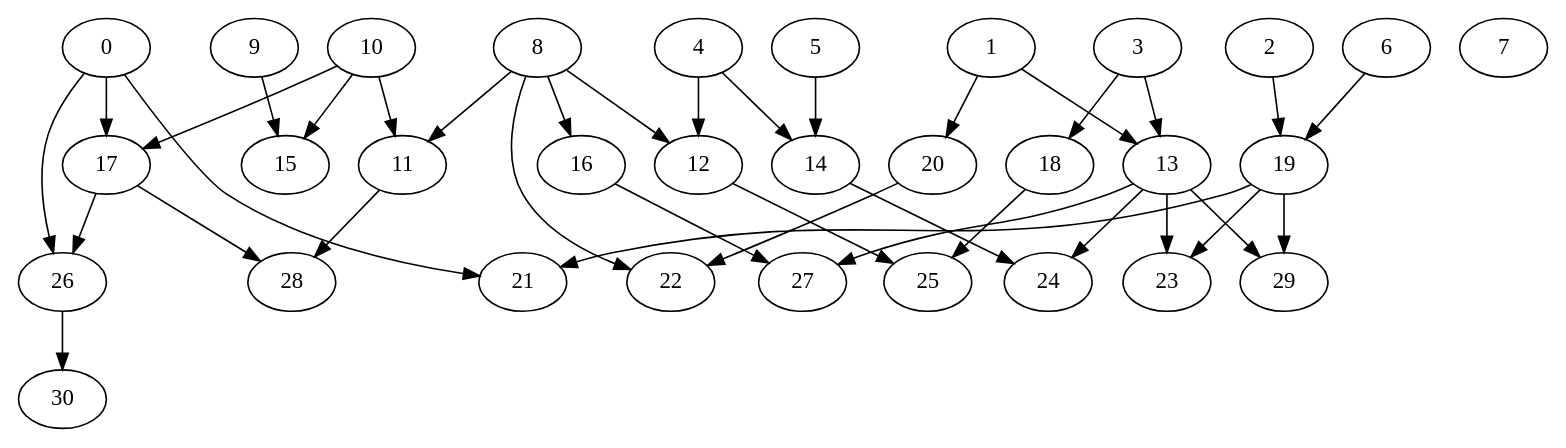
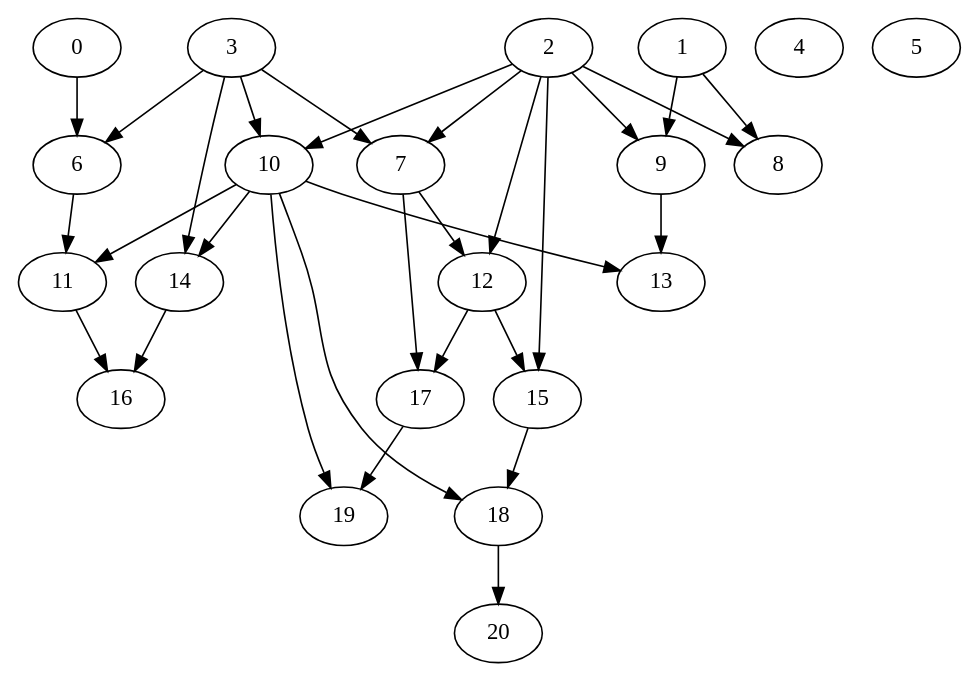
Before and after one commit to Ajax12345/protestGP: the diagram in test.dot, drawn with Graphviz. The commit also changed 14 other files, not shown here.

```diff
--- a/test.dot
+++ b/test.dot
@@ -1,69 +1,52 @@
 strict digraph "" {
 	0	[layer=1];
-	17	[layer=2];
-	0 -> 17;
-	21	[layer=3];
-	0 -> 21;
-	26	[layer=3];
-	0 -> 26;
+	6	[layer=2];
+	0 -> 6;
 	1	[layer=1];
-	13	[layer=2];
-	1 -> 13;
-	20	[layer=2];
-	1 -> 20;
+	8	[layer=2];
+	1 -> 8;
+	9	[layer=2];
+	1 -> 9;
 	2	[layer=1];
-	19	[layer=2];
-	2 -> 19;
+	7	[layer=2];
+	2 -> 7;
+	2 -> 8;
+	2 -> 9;
+	10	[layer=2];
+	2 -> 10;
+	12	[layer=3];
+	2 -> 12;
+	15	[layer=4];
+	2 -> 15;
 	3	[layer=1];
-	3 -> 13;
-	18	[layer=2];
-	3 -> 18;
+	3 -> 6;
+	3 -> 7;
+	3 -> 10;
+	14	[layer=3];
+	3 -> 14;
 	4	[layer=1];
-	12	[layer=2];
-	4 -> 12;
-	14	[layer=2];
-	4 -> 14;
 	5	[layer=1];
-	5 -> 14;
-	6	[layer=1];
-	6 -> 19;
-	7	[layer=1];
-	8	[layer=1];
-	11	[layer=2];
-	8 -> 11;
-	8 -> 12;
-	16	[layer=2];
-	8 -> 16;
-	22	[layer=3];
-	8 -> 22;
-	9	[layer=1];
-	15	[layer=2];
-	9 -> 15;
-	10	[layer=1];
+	11	[layer=3];
+	6 -> 11;
+	7 -> 12;
+	17	[layer=4];
+	7 -> 17;
+	13	[layer=3];
+	9 -> 13;
 	10 -> 11;
-	10 -> 15;
-	10 -> 17;
-	28	[layer=3];
-	11 -> 28;
-	25	[layer=3];
-	12 -> 25;
-	23	[layer=3];
-	13 -> 23;
-	24	[layer=3];
-	13 -> 24;
-	27	[layer=3];
-	13 -> 27;
-	29	[layer=3];
-	13 -> 29;
-	14 -> 24;
-	16 -> 27;
-	17 -> 26;
-	17 -> 28;
-	18 -> 25;
-	19 -> 21;
-	19 -> 23;
-	19 -> 29;
-	20 -> 22;
-	30	[layer=4];
-	26 -> 30;
+	10 -> 13;
+	10 -> 14;
+	18	[layer=5];
+	10 -> 18;
+	19	[layer=5];
+	10 -> 19;
+	16	[layer=4];
+	11 -> 16;
+	12 -> 15;
+	12 -> 17;
+	14 -> 16;
+	15 -> 18;
+	17 -> 19;
+	20	[layer=6];
+	18 -> 20;
 }
```
